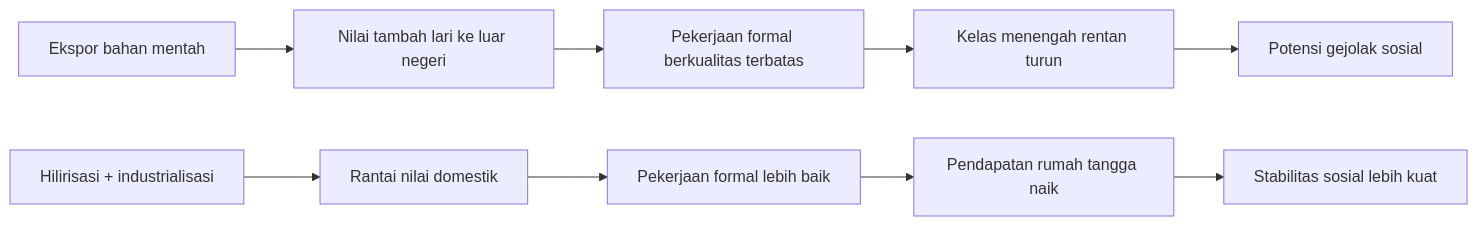
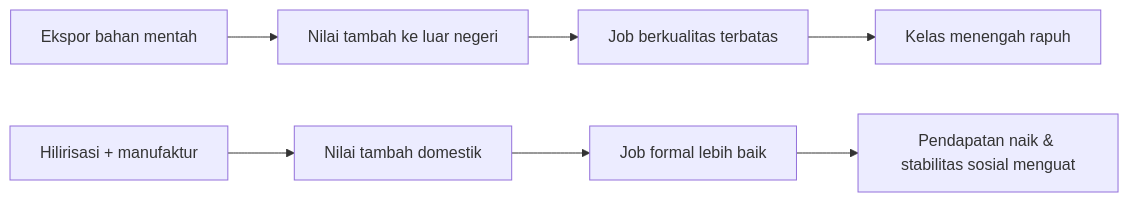
Before and after one commit to dwirx/BangunAI-Blog: the second of 3 diagrams in src/content/articles/presiden-prabowo-menjawab-part-1-analisis-mendalam-serangan-aktivis-bop-mbg-dan-dampak-perang.mdx, drawn with Mermaid. The commit also changed other lines of this file, not shown here.

````diff
--- a/src/content/articles/presiden-prabowo-menjawab-part-1-analisis-mendalam-serangan-aktivis-bop-mbg-dan-dampak-perang.mdx
+++ b/src/content/articles/presiden-prabowo-menjawab-part-1-analisis-mendalam-serangan-aktivis-bop-mbg-dan-dampak-perang.mdx
@@ -121,12 +200,10 @@
 ```mermaid
 graph LR
-    A[Ekspor bahan mentah] --> B[Nilai tambah lari ke luar negeri]
-    B --> C[Pekerjaan formal berkualitas terbatas]
-    C --> D[Kelas menengah rentan turun]
-    D --> E[Potensi gejolak sosial]
+    A[Ekspor bahan mentah] --> B[Nilai tambah ke luar negeri]
+    B --> C[Job berkualitas terbatas]
+    C --> D[Kelas menengah rapuh]
 
-    A2[Hilirisasi + industrialisasi] --> B2[Rantai nilai domestik]
-    B2 --> C2[Pekerjaan formal lebih baik]
-    C2 --> D2[Pendapatan rumah tangga naik]
-    D2 --> E2[Stabilitas sosial lebih kuat]
+    E[Hilirisasi + manufaktur] --> F[Nilai tambah domestik]
+    F --> G[Job formal lebih baik]
+    G --> H[Pendapatan naik & stabilitas sosial menguat]
 ```
````
